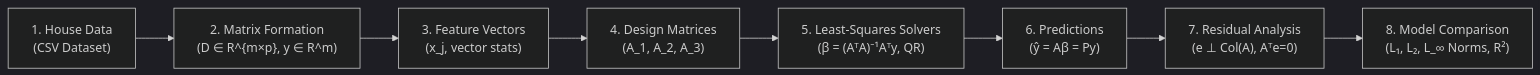
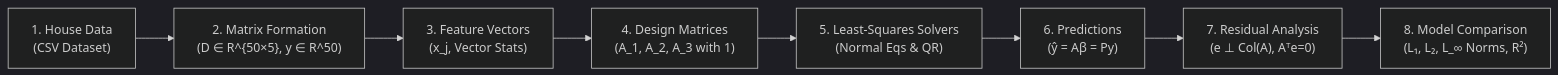
The diagram in README.md (farhankhan692/house-price-project), drawn with Mermaid (dark theme) before and after one commit. The commit also changed other lines of this file and 5 other files, not shown here.

````diff
--- a/README.md
+++ b/README.md
@@ -32,10 +29,10 @@
 ```mermaid
 flowchart LR
-    S1["1. House Data<br>(CSV Dataset)"] --> S2["2. Matrix Formation<br>(D ∈ R^{m×p}, y ∈ R^m)"]
-    S2 --> S3["3. Feature Vectors<br>(x_j, vector stats)"]
-    S3 --> S4["4. Design Matrices<br>(A_1, A_2, A_3)"]
-    S4 --> S5["5. Least-Squares Solvers<br>(β = (AᵀA)⁻¹Aᵀy, QR)"]
+    S1["1. House Data<br>(CSV Dataset)"] --> S2["2. Matrix Formation<br>(D ∈ R^{50×5}, y ∈ R^50)"]
+    S2 --> S3["3. Feature Vectors<br>(x_j, Vector Stats)"]
+    S3 --> S4["4. Design Matrices<br>(A_1, A_2, A_3 with 1)"]
+    S4 --> S5["5. Least-Squares Solvers<br>(Normal Eqs & QR)"]
     S5 --> S6["6. Predictions<br>(ŷ = Aβ = Py)"]
     S6 --> S7["7. Residual Analysis<br>(e ⊥ Col(A), Aᵀe=0)"]
     S7 --> S8["8. Model Comparison<br>(L₁, L₂, L_∞ Norms, R²)"]
 ```
````
